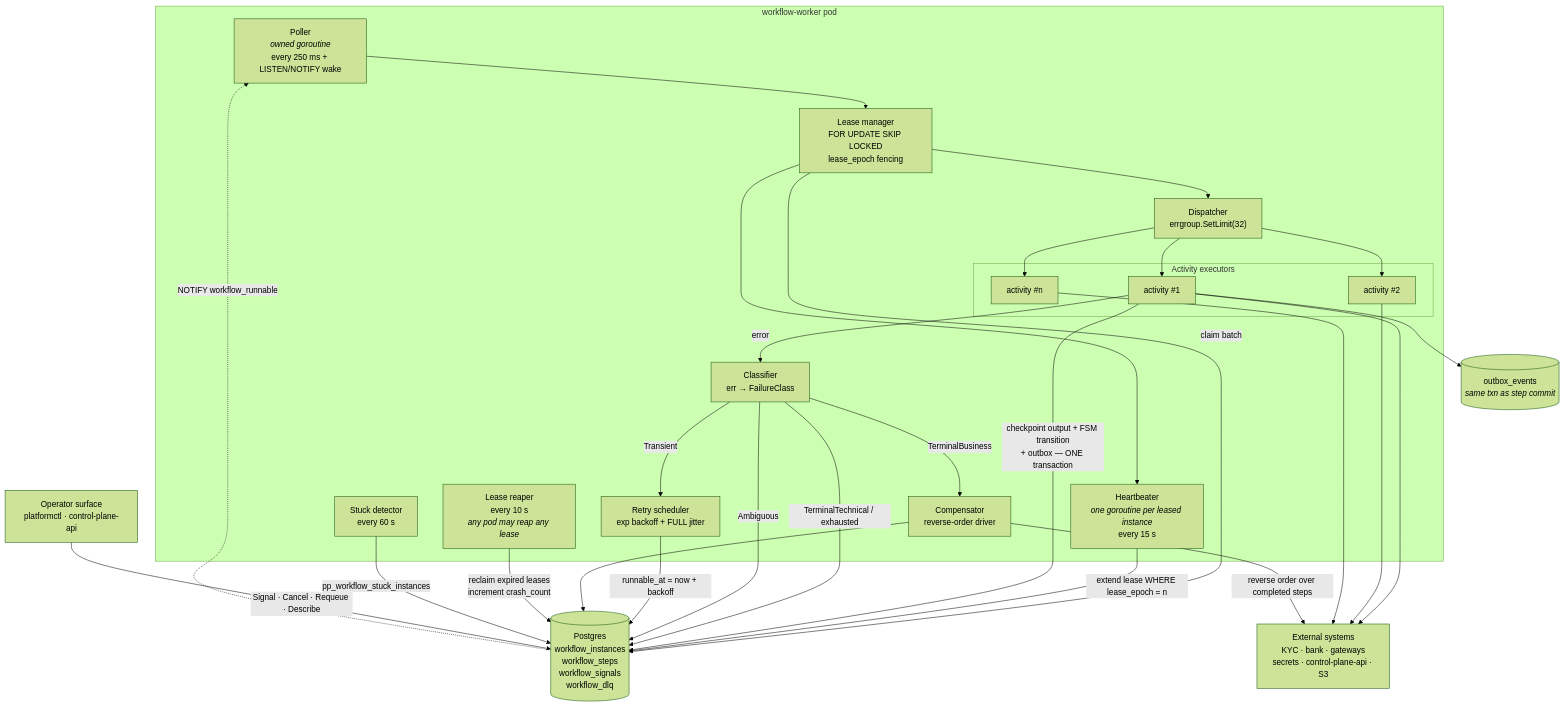
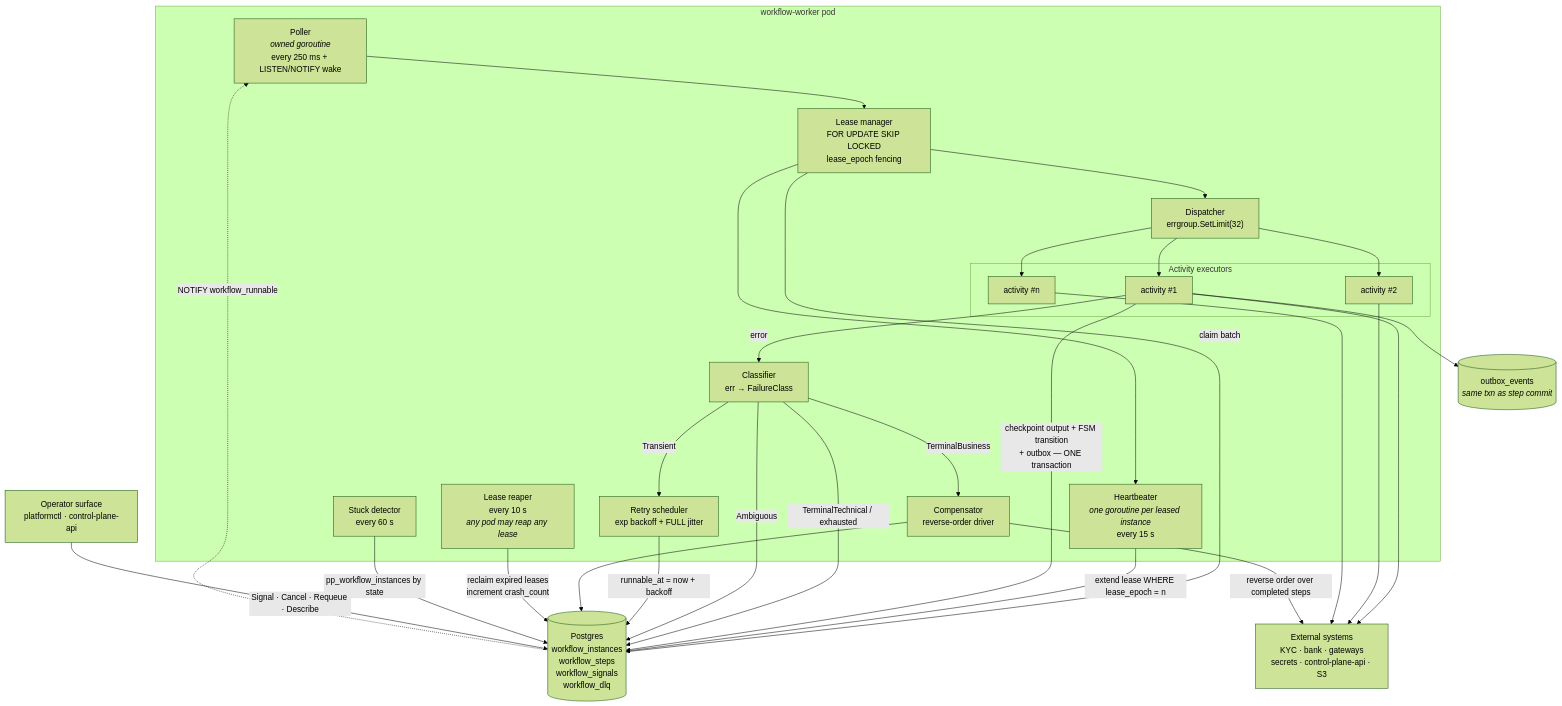
Before and after one commit to udaykishore-resu/payments-platform: the first of 4 diagrams in docs/automation-plane.md, drawn with Mermaid (forest theme). The commit also changed other lines of this file and 67 other files, not shown here.

````diff
--- a/docs/automation-plane.md
+++ b/docs/automation-plane.md
@@ -292,50 +292,50 @@
 ```mermaid
 flowchart TB
     subgraph pod["workflow-worker pod"]
         POLL["Poller<br/><i>owned goroutine</i><br/>every 250 ms + LISTEN/NOTIFY wake"]
         LEASE["Lease manager<br/>FOR UPDATE SKIP LOCKED<br/>lease_epoch fencing"]
         HB["Heartbeater<br/><i>one goroutine per leased instance</i><br/>every 15 s"]
         DISP["Dispatcher<br/>errgroup.SetLimit(32)"]
         subgraph exec["Activity executors"]
             A1["activity #1"]
             A2["activity #2"]
             AN["activity #n"]
         end
         COMP["Compensator<br/>reverse-order driver"]
         CLASS["Classifier<br/>err → FailureClass"]
         RETRY["Retry scheduler<br/>exp backoff + FULL jitter"]
         REAP["Lease reaper<br/>every 10 s<br/><i>any pod may reap any lease</i>"]
         STUCK["Stuck detector<br/>every 60 s"]
     end
 
     PG[("Postgres<br/>workflow_instances<br/>workflow_steps<br/>workflow_signals<br/>workflow_dlq")]
     OBX[("outbox_events<br/><i>same txn as step commit</i>")]
     EXT["External systems<br/>KYC · bank · gateways<br/>secrets · control-plane-api · S3"]
     OPS["Operator surface<br/>platformctl · control-plane-api"]
 
     POLL --> LEASE
     LEASE -->|"claim batch"| PG
     LEASE --> DISP
     LEASE --> HB
     HB -->|"extend lease WHERE lease_epoch = n"| PG
     DISP --> A1
     DISP --> A2
     DISP --> AN
     A1 --> EXT
     A2 --> EXT
     AN --> EXT
     A1 -->|"checkpoint output + FSM transition<br/>+ outbox — ONE transaction"| PG
     A1 --> OBX
     A1 -->|"error"| CLASS
     CLASS -->|"Transient"| RETRY
     CLASS -->|"TerminalBusiness"| COMP
     CLASS -->|"TerminalTechnical / exhausted"| PG
     CLASS -->|"Ambiguous"| PG
     RETRY -->|"runnable_at = now + backoff"| PG
     COMP -->|"reverse order over completed steps"| EXT
     COMP --> PG
     REAP -->|"reclaim expired leases<br/>increment crash_count"| PG
-    STUCK -->|"pp_workflow_stuck_instances"| PG
+    STUCK -->|"pp_workflow_instances by state"| PG
     OPS -->|"Signal · Cancel · Requeue · Describe"| PG
     PG -.->|"NOTIFY workflow_runnable"| POLL
 ```
````
